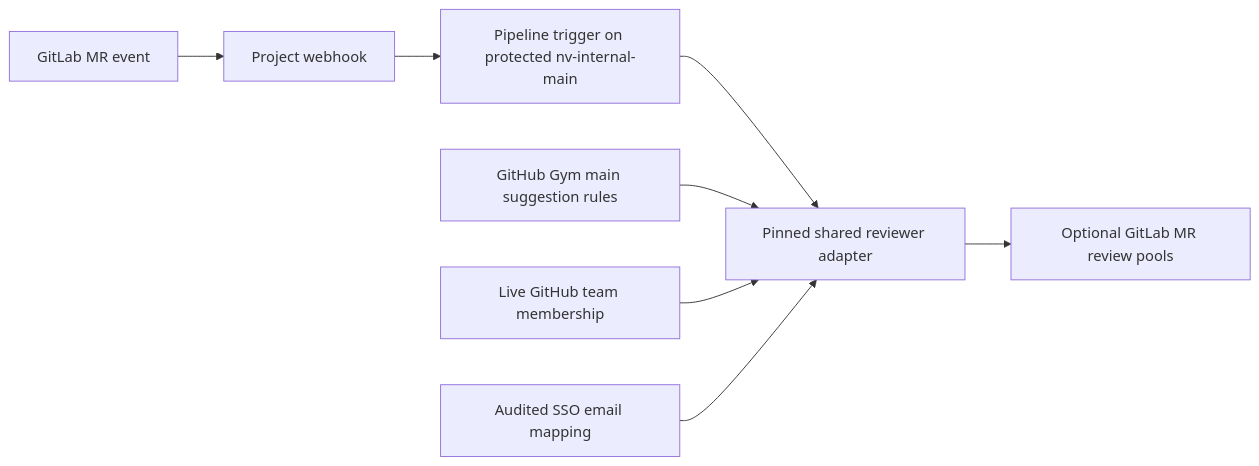
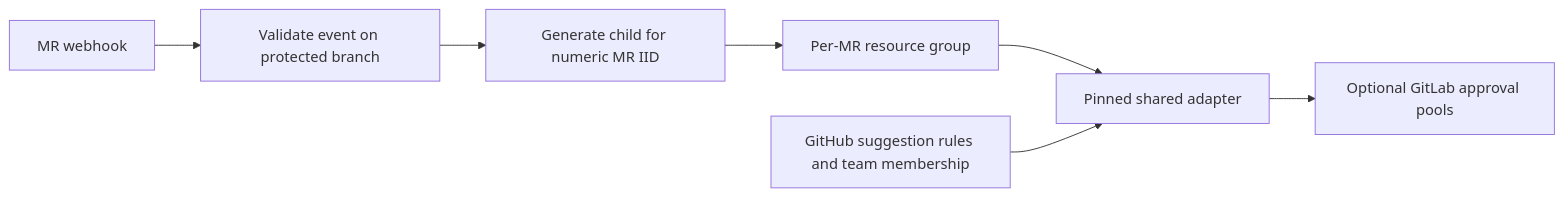
The diagram in .gitlab/ci/README.md (NVIDIA-NeMo/Gym), drawn with Mermaid before and after one commit. The commit also changed other lines of this file and 4 other files, not shown here.

Commit message:
fix(ci): assign reviewers and reconcile pools concurrently per merge request

````diff
--- a/.gitlab/ci/README.md
+++ b/.gitlab/ci/README.md
@@ -43,10 +67,9 @@
 ```mermaid
 flowchart LR
-  MR[GitLab MR event] --> Hook[Project webhook]
-  Hook --> Trigger[Pipeline trigger on protected nv-internal-main]
-  Trigger --> Adapter[Pinned shared reviewer adapter]
-  Rules[GitHub Gym main suggestion rules] --> Adapter
-  Teams[Live GitHub team membership] --> Adapter
-  SSO[Audited SSO email mapping] --> Adapter
-  Adapter --> Pools[Optional GitLab MR review pools]
+  Event[MR webhook] --> Prepare[Validate event on protected branch]
+  Prepare --> Child[Generate child for numeric MR IID]
+  Child --> Lock[Per-MR resource group]
+  Lock --> Adapter[Pinned shared adapter]
+  Rules[GitHub suggestion rules and team membership] --> Adapter
+  Adapter --> Pools[Optional GitLab approval pools]
 ```
````
